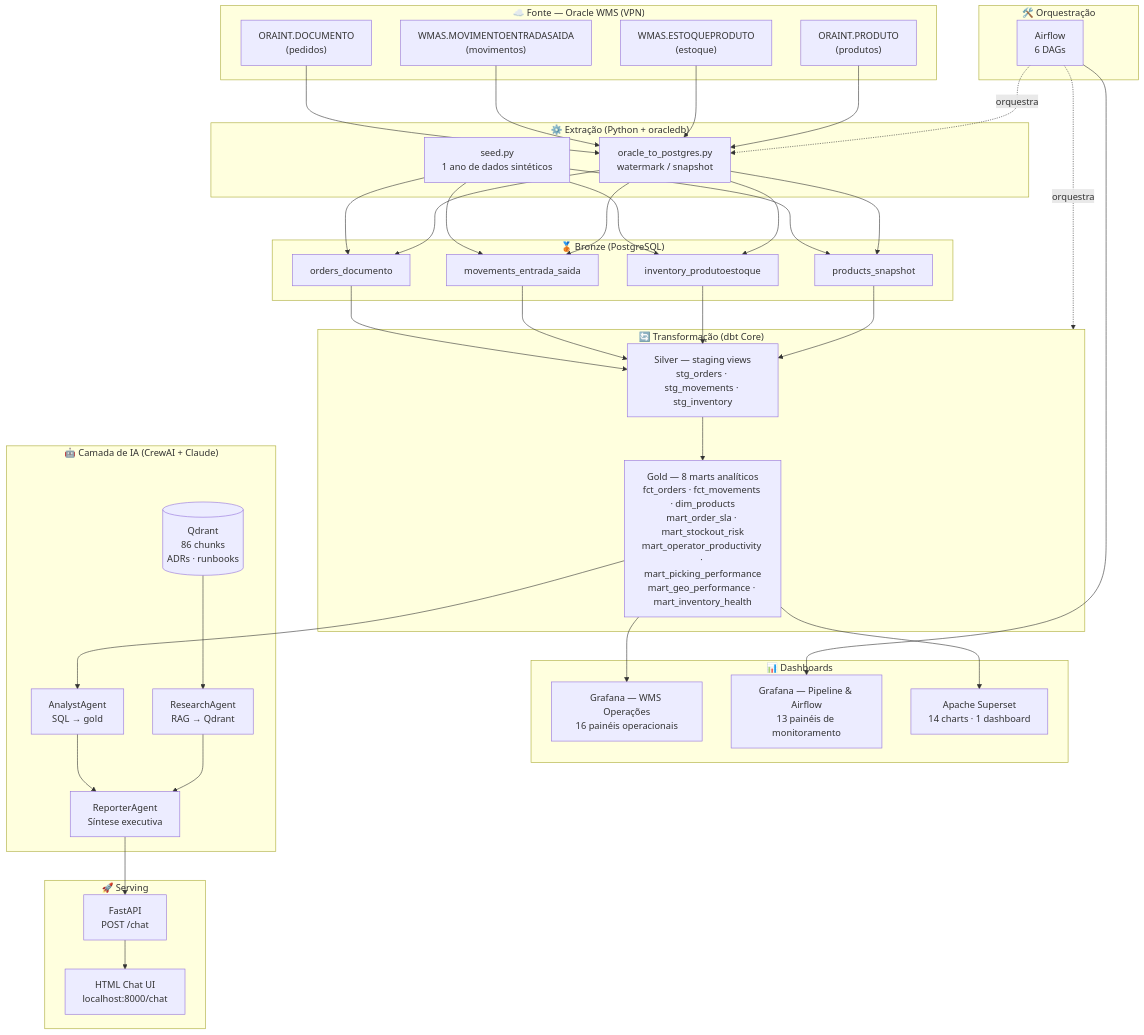
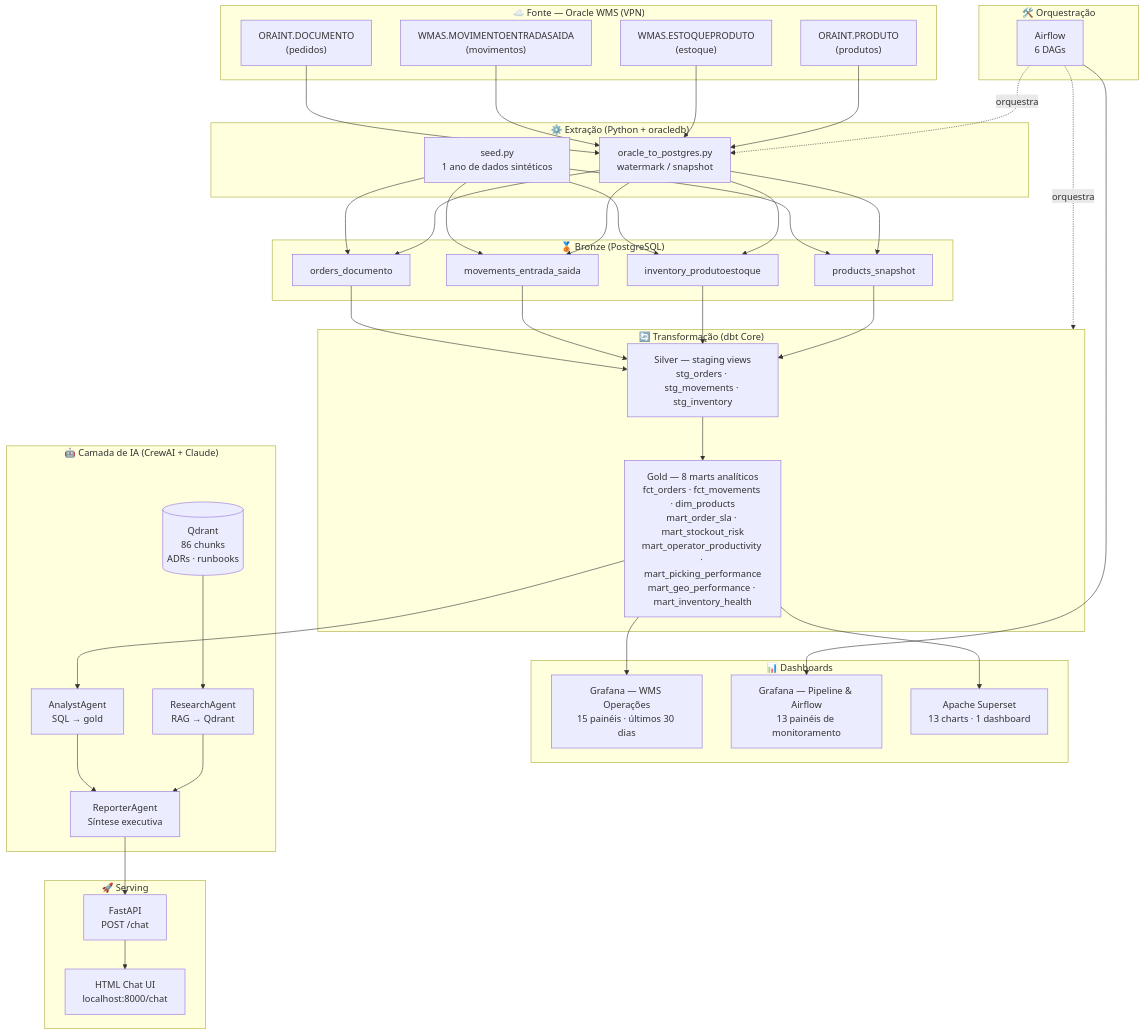
One commit to leandroslax/wms-data-platform changed the first of 2 diagrams in README.md. Above: the diagram before and after it, drawn with Mermaid. The commit also changed other lines of this file and 20 other files, not shown here.

First line of the commit message:
fix(dashboard): corrige SLA, aging e Grafana WMS Operações

````diff
--- a/README.md
+++ b/README.md
@@ -11,65 +11,65 @@
 ```mermaid
 flowchart TD
     subgraph SRC["☁️ Fonte — Oracle WMS (VPN)"]
         ORA1["ORAINT.DOCUMENTO\n(pedidos)"]
         ORA2["WMAS.MOVIMENTOENTRADASAIDA\n(movimentos)"]
         ORA3["WMAS.ESTOQUEPRODUTO\n(estoque)"]
         ORA4["ORAINT.PRODUTO\n(produtos)"]
     end
 
     subgraph EXT["⚙️ Extração (Python + oracledb)"]
         SCRIPT["oracle_to_postgres.py\nwatermark / snapshot"]
         SEED["seed.py\n1 ano de dados sintéticos"]
     end
 
     subgraph BRONZE["🥉 Bronze (PostgreSQL)"]
         B1["orders_documento"]
         B2["movements_entrada_saida"]
         B3["inventory_produtoestoque"]
         B4["products_snapshot"]
     end
 
     subgraph DBT["🔄 Transformação (dbt Core)"]
         SILVER["Silver — staging views\nstg_orders · stg_movements · stg_inventory"]
   GOLD["Gold — 8 marts analíticos\nfct_orders · fct_movements · dim_products\nmart_order_sla · mart_stockout_risk\nmart_operator_productivity · mart_picking_performance\nmart_geo_performance · mart_inventory_health"]
     end
 
     subgraph DASH["📊 Dashboards"]
-        GRAFANA_OPS["Grafana — WMS Operações\n16 painéis operacionais"]
+        GRAFANA_OPS["Grafana — WMS Operações\n15 painéis · últimos 30 dias"]
         GRAFANA_PIPE["Grafana — Pipeline & Airflow\n13 painéis de monitoramento"]
-        SUPERSET["Apache Superset\n14 charts · 1 dashboard"]
+        SUPERSET["Apache Superset\n13 charts · 1 dashboard"]
     end
 
     subgraph AI["🤖 Camada de IA (CrewAI + Claude)"]
         AA["AnalystAgent\nSQL → gold"]
         RA["ResearchAgent\nRAG → Qdrant"]
         REP["ReporterAgent\nSíntese executiva"]
         QDRANT[("Qdrant\n86 chunks\nADRs · runbooks")]
     end
 
     subgraph SERVE["🚀 Serving"]
         API["FastAPI\nPOST /chat"]
         UI["HTML Chat UI\nlocalhost:8000/chat"]
     end
 
     subgraph OPS["🛠️ Orquestração"]
         AIRFLOW["Airflow\n6 DAGs"]
     end
 
     ORA1 & ORA2 & ORA3 & ORA4 --> SCRIPT
     SEED --> B1 & B2 & B3 & B4
     SCRIPT --> B1 & B2 & B3 & B4
     B1 & B2 & B3 & B4 --> SILVER
     SILVER --> GOLD
     GOLD --> GRAFANA_OPS
     GOLD --> SUPERSET
     AIRFLOW --> GRAFANA_PIPE
     GOLD --> AA
     QDRANT --> RA
     AA --> REP
     RA --> REP
     REP --> API
     API --> UI
     AIRFLOW -.->|"orquestra"| SCRIPT
     AIRFLOW -.->|"orquestra"| DBT
 ```
````
